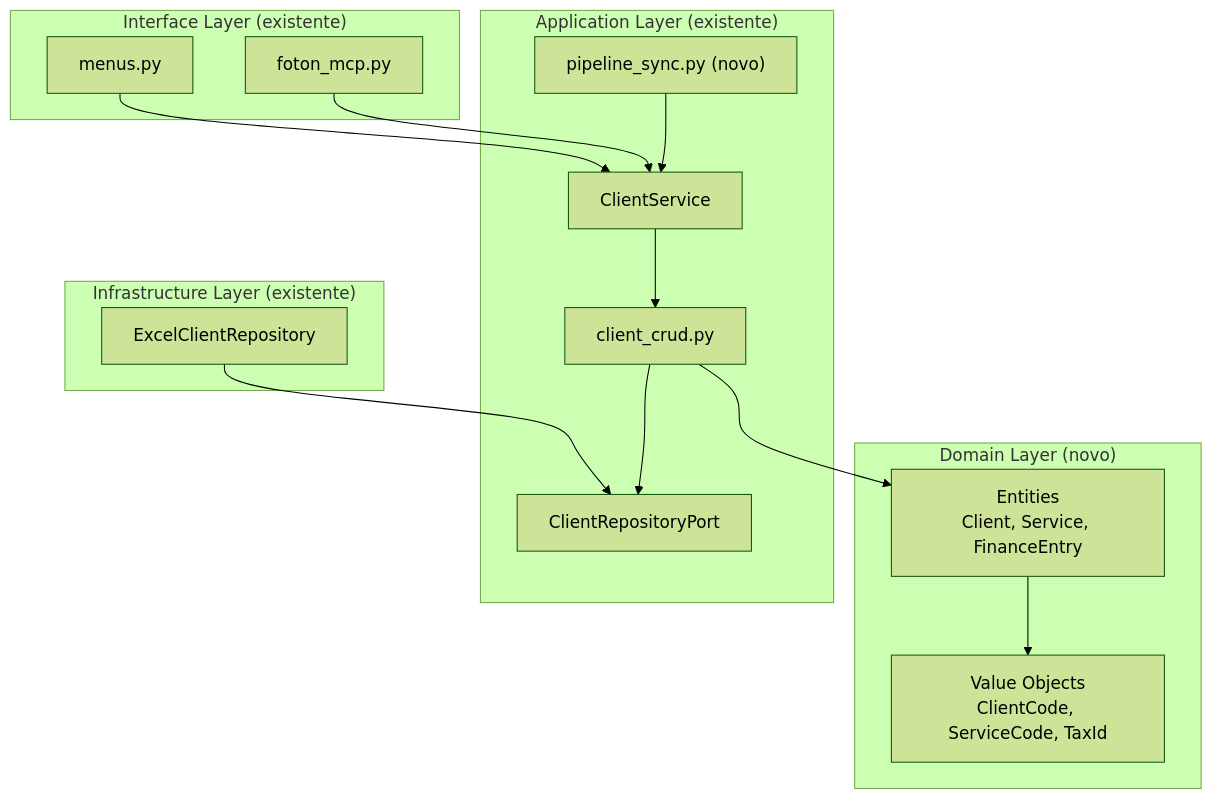
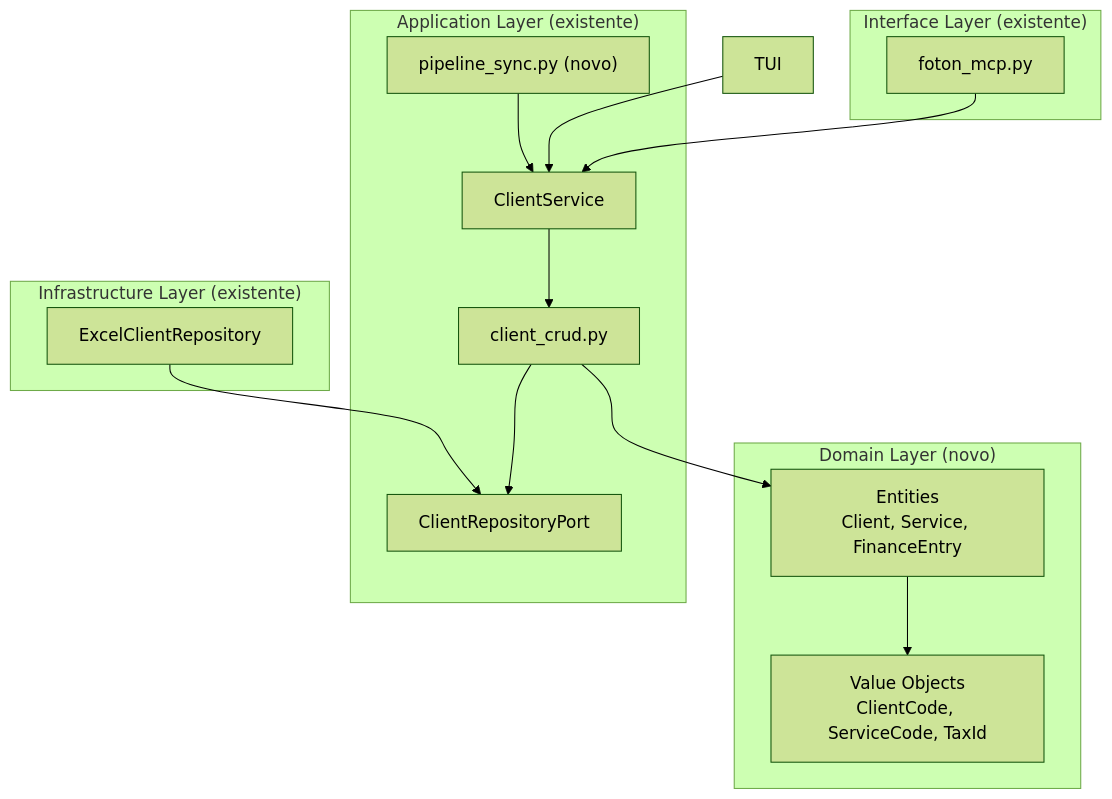
Before and after one commit to LAMP-LUCAS/fotonSystem: the first of 2 diagrams in docs/01_PROJECTS/Sprint_DomainCRUD/SprintPlan.md, drawn with Mermaid (forest theme). The commit also changed other lines of this file and 10 other files, not shown here.

````diff
--- a/docs/01_PROJECTS/Sprint_DomainCRUD/SprintPlan.md
+++ b/docs/01_PROJECTS/Sprint_DomainCRUD/SprintPlan.md
@@ -110,32 +100,31 @@
 ```mermaid
 graph TD
     subgraph "Domain Layer (novo)"
         VO["Value Objects<br/>ClientCode, ServiceCode, TaxId"]
         E["Entities<br/>Client, Service, FinanceEntry"]
     end
 
     subgraph "Application Layer (existente)"
         PORT["ClientRepositoryPort"]
         CRUD["client_crud.py"]
         SVC["ClientService"]
         SYNC["pipeline_sync.py (novo)"]
     end
 
     subgraph "Infrastructure Layer (existente)"
         EXCEL["ExcelClientRepository"]
     end
 
     subgraph "Interface Layer (existente)"
         MCP["foton_mcp.py"]
-        TUI["menus.py"]
     end
 
     E --> VO
     CRUD --> E
     CRUD --> PORT
     SVC --> CRUD
     SYNC --> SVC
     EXCEL --> PORT
     MCP --> SVC
     TUI --> SVC
 ```
````
